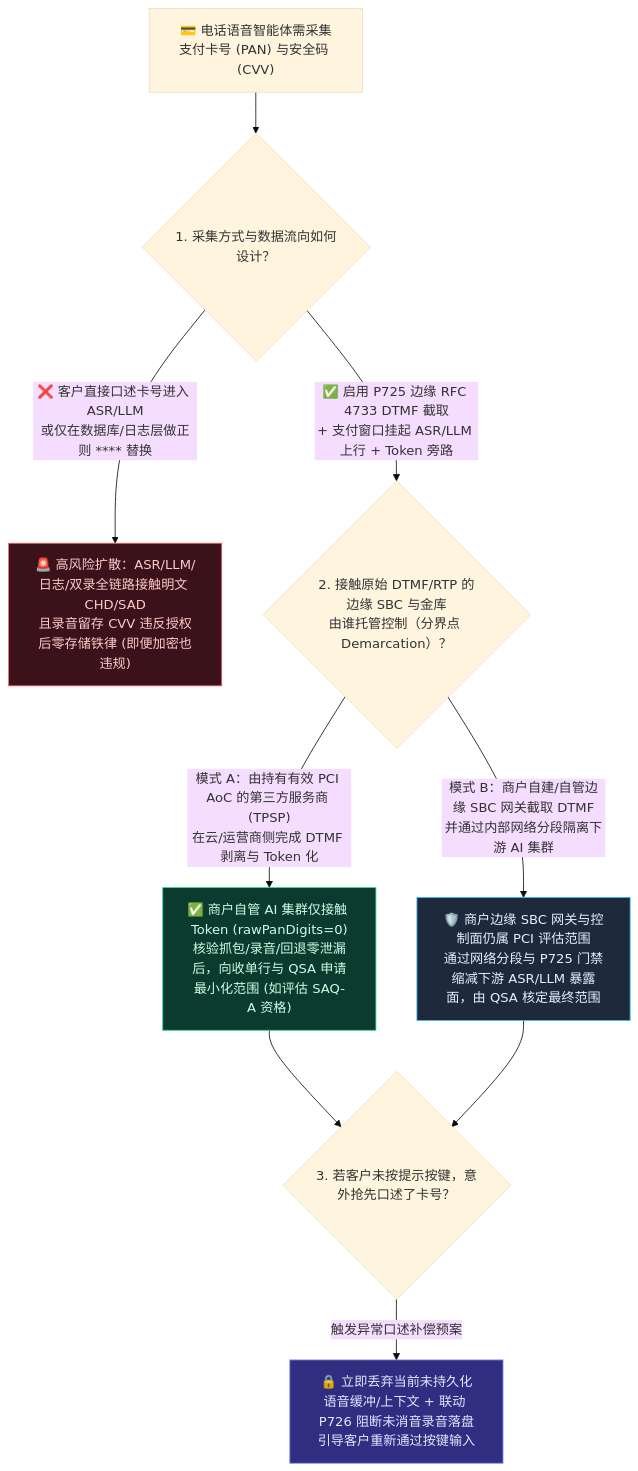
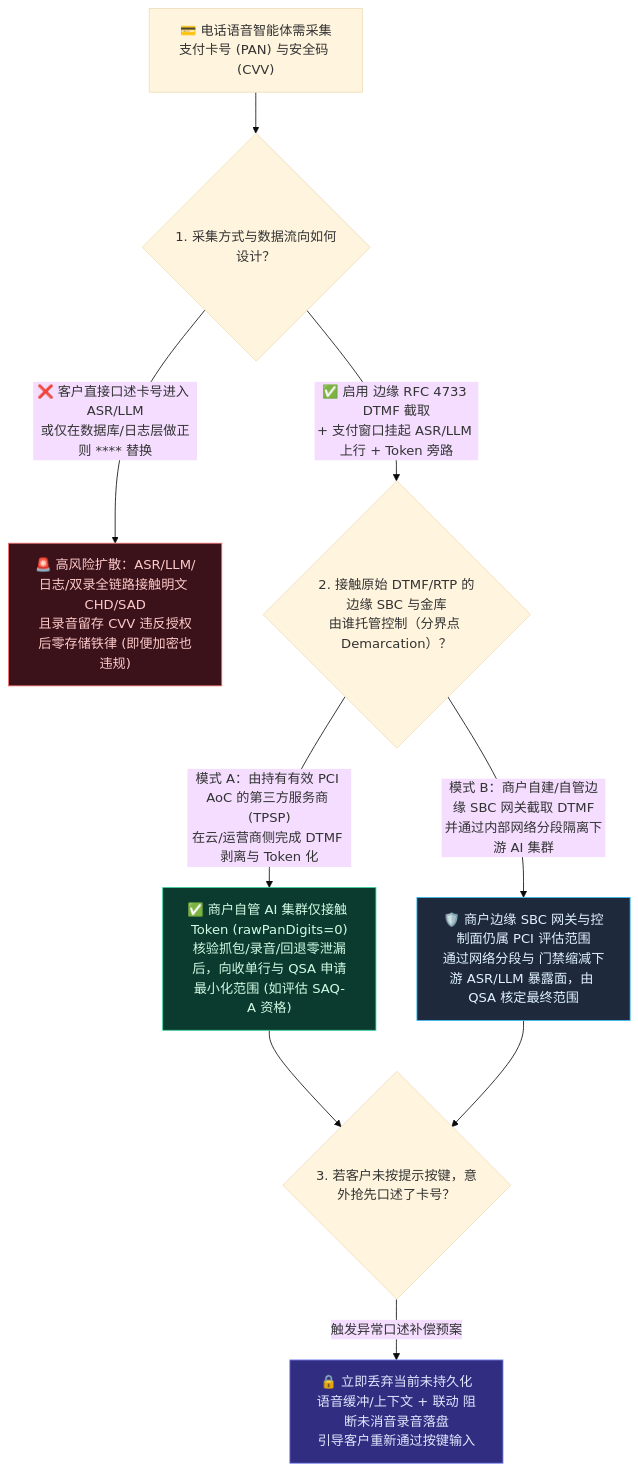
The first of 3 diagrams in docs/voice-pci-dtmf-scope-faq.md (turbo998/voice-agent-lab), drawn with Mermaid (base theme) before and after one commit. The commit also changed other lines of this file and 715 other files, not shown here.

````diff
--- a/docs/voice-pci-dtmf-scope-faq.md
+++ b/docs/voice-pci-dtmf-scope-faq.md
@@ -67,16 +67,16 @@
 ```mermaid
 flowchart TD
-    A["💳 电话语音智能体需采集支付卡号 (PAN) 与安全码 (CVV)"] --> B{"1. 采集方式与数据流向如何设计？"}
-    B -- "❌ 客户直接口述卡号进入 ASR/LLM<br/>或仅在数据库/日志层做正则 **** 替换" --> C["🚨 高风险扩散：ASR/LLM/日志/双录全链路接触明文 CHD/SAD<br/>且录音留存 CVV 违反授权后零存储铁律 (即便加密也违规)"]
-    B -- "✅ 启用 P725 边缘 RFC 4733 DTMF 截取<br/>+ 支付窗口挂起 ASR/LLM 上行 + Token 旁路" --> D{"2. 接触原始 DTMF/RTP 的边缘 SBC 与金库<br/>由谁托管控制（分界点 Demarcation）？"}
-    D -- "模式 A：由持有有效 PCI AoC 的第三方服务商 (TPSP)<br/>在云/运营商侧完成 DTMF 剥离与 Token 化" --> E["✅ 商户自管 AI 集群仅接触 Token (rawPanDigits=0)<br/>核验抓包/录音/回退零泄漏后，向收单行与 QSA 申请最小化范围 (如评估 SAQ-A 资格)"]
-    D -- "模式 B：商户自建/自管边缘 SBC 网关截取 DTMF<br/>并通过内部网络分段隔离下游 AI 集群" --> F["🛡️ 商户边缘 SBC 网关与控制面仍属 PCI 评估范围<br/>通过网络分段与 P725 门禁缩减下游 ASR/LLM 暴露面，由 QSA 核定最终范围"]
-    E --> G{"3. 若客户未按提示按键，意外抢先口述了卡号？"}
-    F --> G
-    G -- "触发异常口述补偿预案" --> H["🔒 立即丢弃当前未持久化语音缓冲/上下文 + 联动 P726 阻断未消音录音落盘<br/>引导客户重新通过按键输入"]
+ A["💳 电话语音智能体需采集支付卡号 (PAN) 与安全码 (CVV)"] --> B{"1. 采集方式与数据流向如何设计？"}
+ B -- "❌ 客户直接口述卡号进入 ASR/LLM<br/>或仅在数据库/日志层做正则 **** 替换" --> C["🚨 高风险扩散：ASR/LLM/日志/双录全链路接触明文 CHD/SAD<br/>且录音留存 CVV 违反授权后零存储铁律 (即便加密也违规)"]
+ B -- "✅ 启用 边缘 RFC 4733 DTMF 截取<br/>+ 支付窗口挂起 ASR/LLM 上行 + Token 旁路" --> D{"2. 接触原始 DTMF/RTP 的边缘 SBC 与金库<br/>由谁托管控制（分界点 Demarcation）？"}
+ D -- "模式 A：由持有有效 PCI AoC 的第三方服务商 (TPSP)<br/>在云/运营商侧完成 DTMF 剥离与 Token 化" --> E["✅ 商户自管 AI 集群仅接触 Token (rawPanDigits=0)<br/>核验抓包/录音/回退零泄漏后，向收单行与 QSA 申请最小化范围 (如评估 SAQ-A 资格)"]
+ D -- "模式 B：商户自建/自管边缘 SBC 网关截取 DTMF<br/>并通过内部网络分段隔离下游 AI 集群" --> F["🛡️ 商户边缘 SBC 网关与控制面仍属 PCI 评估范围<br/>通过网络分段与 门禁缩减下游 ASR/LLM 暴露面，由 QSA 核定最终范围"]
+ E --> G{"3. 若客户未按提示按键，意外抢先口述了卡号？"}
+ F --> G
+ G -- "触发异常口述补偿预案" --> H["🔒 立即丢弃当前未持久化语音缓冲/上下文 + 联动 阻断未消音录音落盘<br/>引导客户重新通过按键输入"]
 
-    style C fill:#3b1219,stroke:#f87171,color:#fecaca
-    style E fill:#0b3b2e,stroke:#34d399,color:#d1fae5
-    style F fill:#1e293b,stroke:#38bdf8,color:#e0f2fe
-    style H fill:#312e81,stroke:#818cf8,color:#e0e7ff
+ style C fill:#3b1219,stroke:#f87171,color:#fecaca
+ style E fill:#0b3b2e,stroke:#34d399,color:#d1fae5
+ style F fill:#1e293b,stroke:#38bdf8,color:#e0f2fe
+ style H fill:#312e81,stroke:#818cf8,color:#e0e7ff
 ```
````
